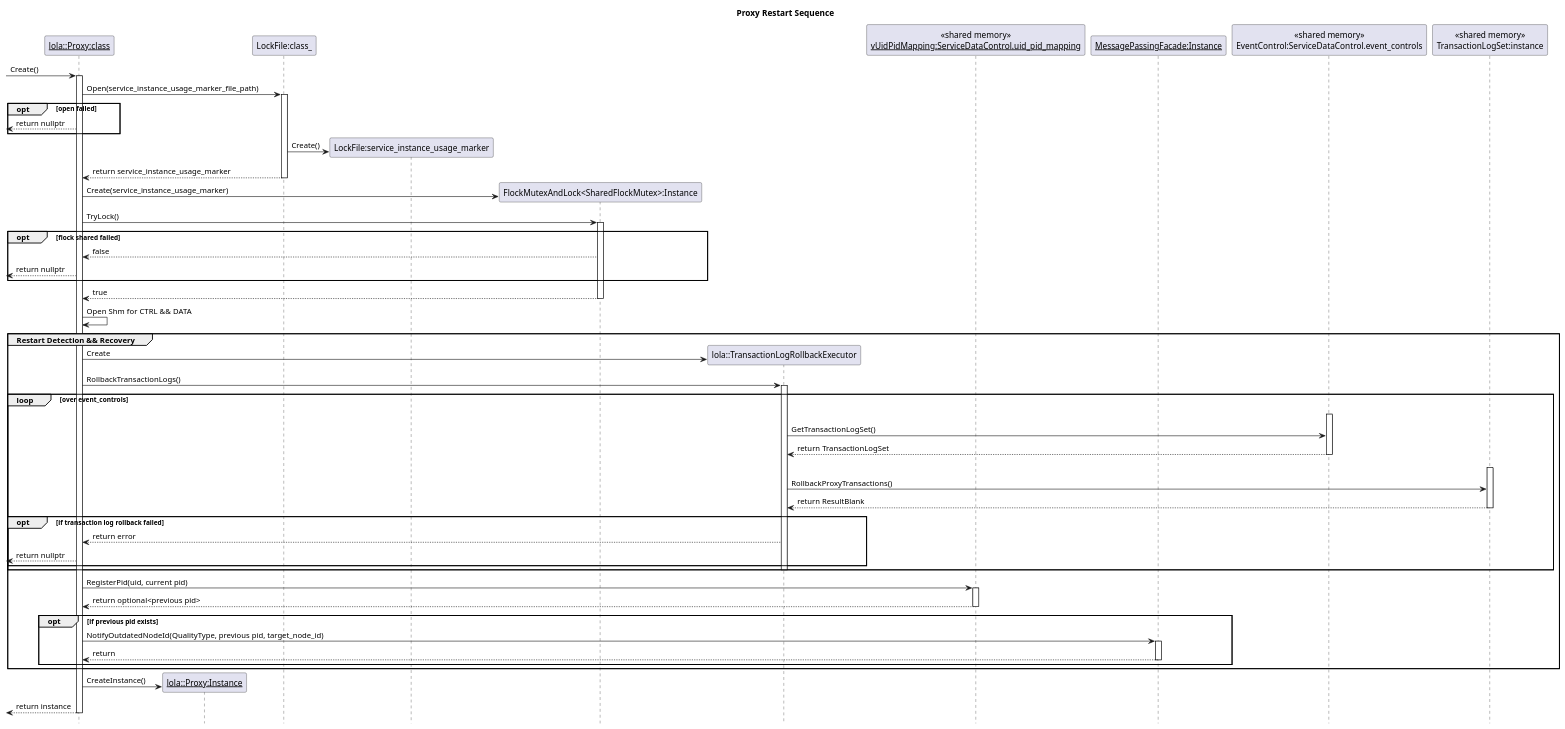
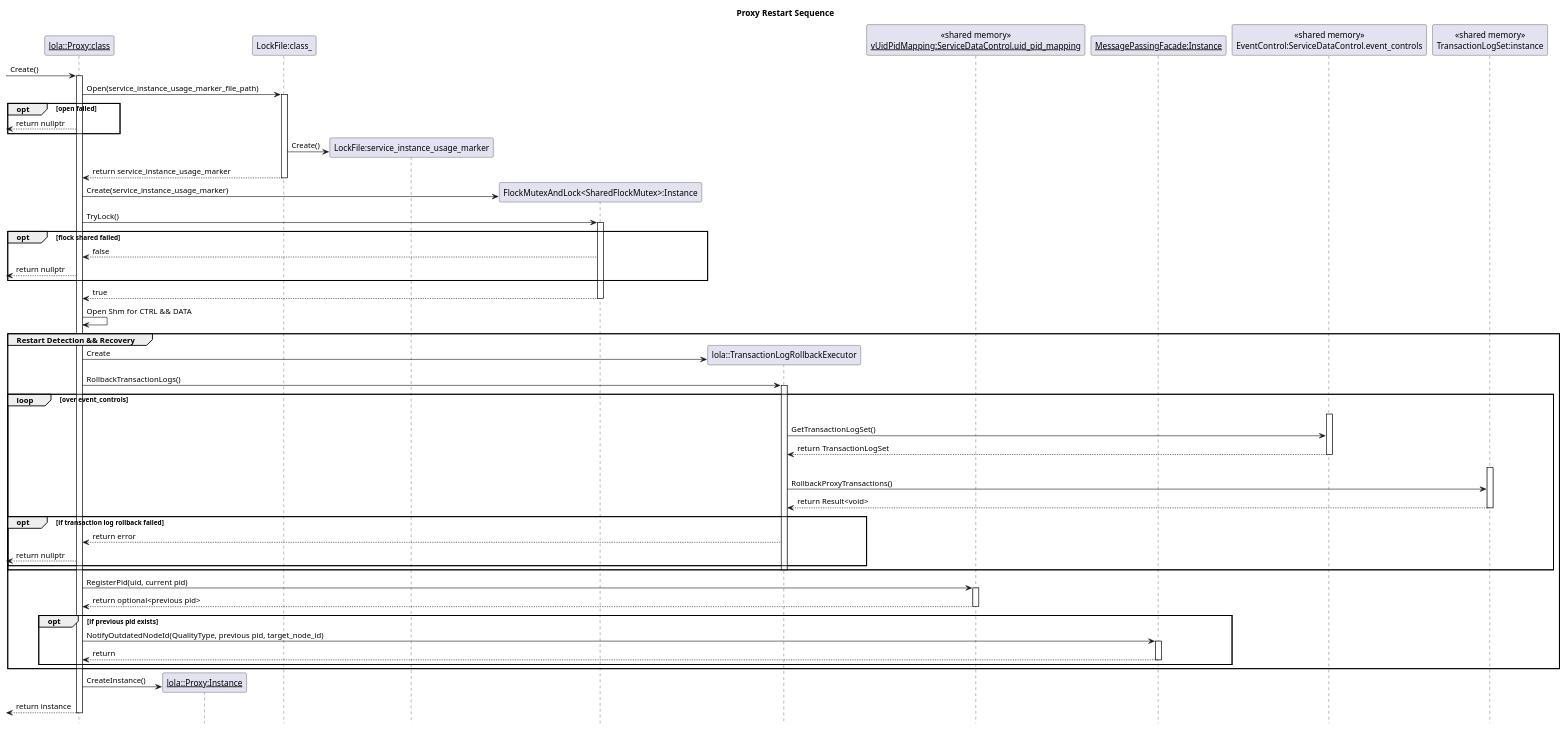
Before and after one commit to qorix-group/communication: the diagram in score/mw/com/design/partial_restart/proxy_restart_sequence.puml, drawn with PlantUML. The commit also changed 163 other files, not shown here.

Commit message:
Use Result<void> directly instead of aliases

```diff
--- a/score/mw/com/design/partial_restart/proxy_restart_sequence.puml
+++ b/score/mw/com/design/partial_restart/proxy_restart_sequence.puml
@@ -1,90 +1,90 @@
 @startuml proxy_restart_sequence
 title "Proxy Restart Sequence"
 hide footbox
 
 participant "<u>lola::Proxy:class</u>" as Proxy
 participant "<u>lola::Proxy:Instance</u>" as ProxyInstance
 participant "LockFile:class_" as LockFile
 participant "LockFile:service_instance_usage_marker" as Marker
 participant "FlockMutexAndLock<SharedFlockMutex>:Instance" as FlockMutex
 participant "lola::TransactionLogRollbackExecutor" as RollbackExecutor
 participant "<<shared memory>>\n<u>vUidPidMapping:ServiceDataControl.uid_pid_mapping</u>" as UidPidMapping
 participant "<u>MessagePassingFacade:Instance</u>" as MessageFacade
 participant "<<shared memory>>\nEventControl:ServiceDataControl.event_controls" as EventControl
 participant "<<shared memory>>\nTransactionLogSet:instance" as TransactionLogSet
 
 [-> Proxy: Create()
 activate Proxy
 
 Proxy -> LockFile: Open(service_instance_usage_marker_file_path)
 activate LockFile
 
 opt open failed
     [<-- Proxy: return nullptr
 end opt
 
 create Marker
 LockFile -> Marker: Create()
 Proxy <-- LockFile: return service_instance_usage_marker
 deactivate LockFile
 
 create FlockMutex
 Proxy -> FlockMutex: Create(service_instance_usage_marker)
 Proxy -> FlockMutex: TryLock()
 activate FlockMutex
 
 opt flock shared failed
     Proxy <-- FlockMutex: false
     [<-- Proxy: return nullptr
 end opt
 
 Proxy <-- FlockMutex: true
 deactivate FlockMutex
 
 Proxy -> Proxy: Open Shm for CTRL && DATA
 
 group Restart Detection && Recovery
     create RollbackExecutor
     Proxy -> RollbackExecutor: Create
     Proxy -> RollbackExecutor: RollbackTransactionLogs()
     activate RollbackExecutor
 
     loop over event_controls
         EventControl -[#white]> EventControl
         activate EventControl
         RollbackExecutor -> EventControl: GetTransactionLogSet()
         RollbackExecutor <-- EventControl: return TransactionLogSet
         deactivate EventControl
 
         TransactionLogSet -[#white]> TransactionLogSet
         activate TransactionLogSet
         RollbackExecutor -> TransactionLogSet: RollbackProxyTransactions()
-        RollbackExecutor <-- TransactionLogSet: return ResultBlank
+        RollbackExecutor <-- TransactionLogSet: return Result<void>
         deactivate TransactionLogSet
 
         opt if transaction log rollback failed
             Proxy <-- RollbackExecutor: return error
             [<-- Proxy: return nullptr
         end opt
         deactivate RollbackExecutor
     end
 
     Proxy -> UidPidMapping: RegisterPid(uid, current pid)
     activate UidPidMapping
     Proxy <-- UidPidMapping: return optional<previous pid>
     deactivate UidPidMapping
 
     opt if previous pid exists
         Proxy -> MessageFacade: NotifyOutdatedNodeId(QualityType, previous pid, target_node_id)
         activate MessageFacade
         Proxy <-- MessageFacade: return
         deactivate MessageFacade
     end opt
 end
 
 create ProxyInstance
 Proxy -> ProxyInstance: CreateInstance()
 [<-- Proxy: return instance
 deactivate Proxy
 
 @enduml
```
